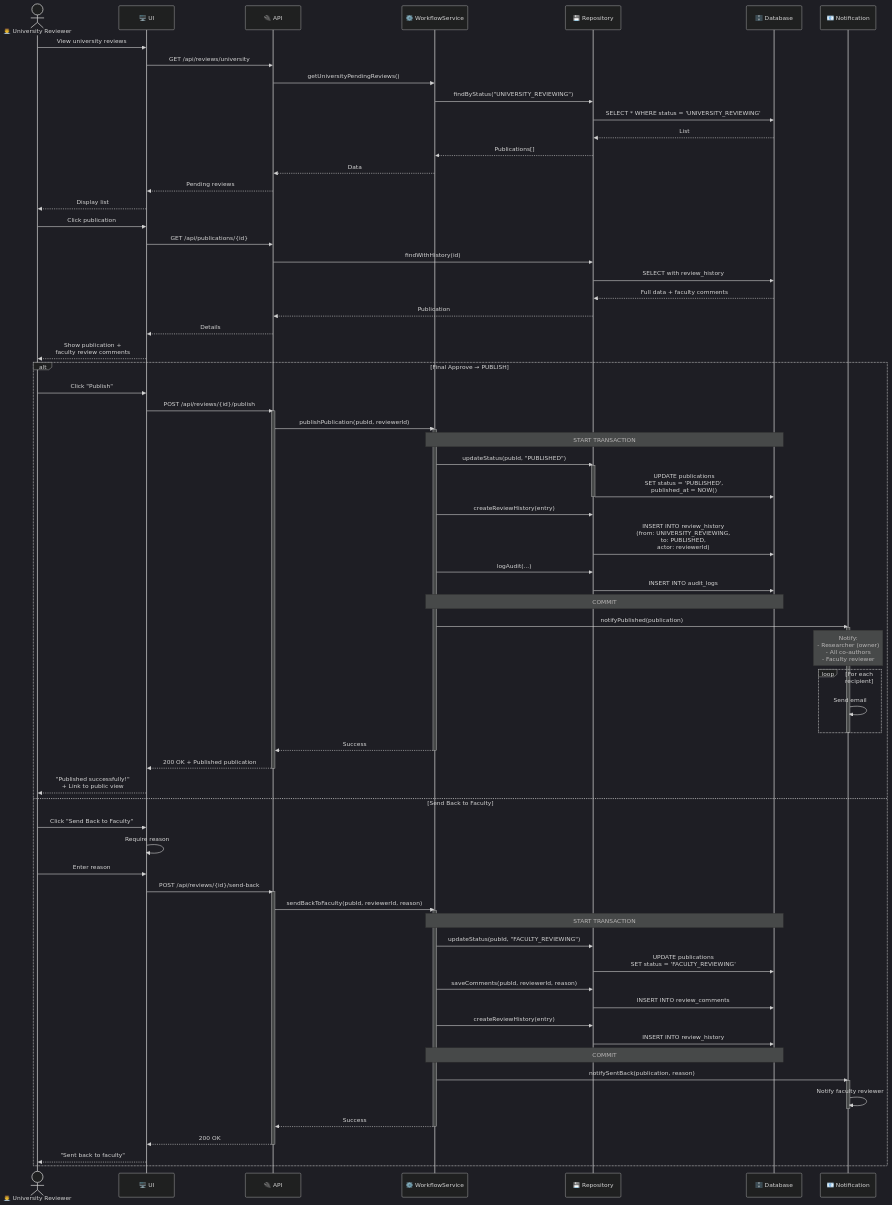
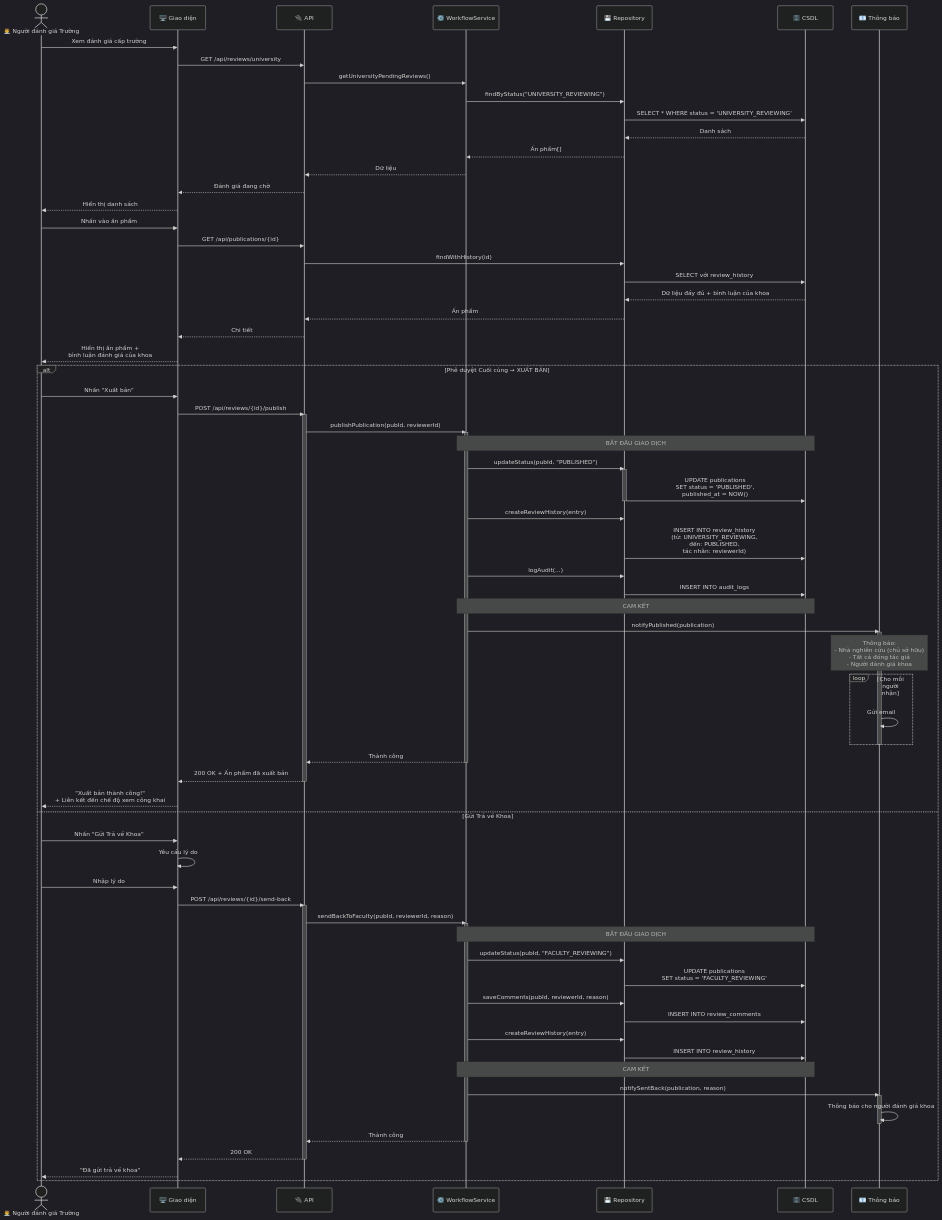
Before and after one commit to Ng0cTh4nhk5/ufpms-docs: the diagram in docs/06_Diagrams/Sequence/seq_university_approval.md, drawn with Mermaid (dark theme). The commit also changed other lines of this file and 70 other files, not shown here.

````diff
--- a/docs/06_Diagrams/Sequence/seq_university_approval.md
+++ b/docs/06_Diagrams/Sequence/seq_university_approval.md
@@ -12,89 +12,89 @@
 ```mermaid
 sequenceDiagram
-    actor Reviewer as 👨‍💼 University Reviewer
-    participant UI as 🖥️ UI
+    actor Reviewer as 👨‍💼 Người đánh giá Trường
+    participant UI as 🖥️ Giao diện
     participant API as 🔌 API
     participant Service as ⚙️ WorkflowService
     participant Repo as 💾 Repository
-    participant DB as 🗄️ Database
-    participant Notif as 📧 Notification
+    participant DB as 🗄️ CSDL
+    participant Notif as 📧 Thông báo
     
-    %% Get pending
-    Reviewer->>UI: View university reviews
+    %% Lấy danh sách chờ
+    Reviewer->>UI: Xem đánh giá cấp trường
     UI->>API: GET /api/reviews/university
     API->>Service: getUniversityPendingReviews()
     Service->>Repo: findByStatus("UNIVERSITY_REVIEWING")
     Repo->>DB: SELECT * WHERE status = 'UNIVERSITY_REVIEWING'
-    DB-->>Repo: List
-    Repo-->>Service: Publications[]
-    Service-->>API: Data
-    API-->>UI: Pending reviews
-    UI-->>Reviewer: Display list
+    DB-->>Repo: Danh sách
+    Repo-->>Service: Ấn phẩm[]
+    Service-->>API: Dữ liệu
+    API-->>UI: Đánh giá đang chờ
+    UI-->>Reviewer: Hiển thị danh sách
     
-    %% View details
-    Reviewer->>UI: Click publication
+    %% Xem chi tiết
+    Reviewer->>UI: Nhấn vào ấn phẩm
     UI->>API: GET /api/publications/{id}
     API->>Repo: findWithHistory(id)
-    Repo->>DB: SELECT with review_history
-    DB-->>Repo: Full data + faculty comments
-    Repo-->>API: Publication
-    API-->>UI: Details
-    UI-->>Reviewer: Show publication +<br/>faculty review comments
+    Repo->>DB: SELECT với review_history
+    DB-->>Repo: Dữ liệu đầy đủ + bình luận của khoa
+    Repo-->>API: Ấn phẩm
+    API-->>UI: Chi tiết
+    UI-->>Reviewer: Hiển thị ấn phẩm +<br/>bình luận đánh giá của khoa
     
-    alt Final Approve → PUBLISH
-        Reviewer->>UI: Click "Publish"
+    alt Phê duyệt Cuối cùng → XUẤT BẢN
+        Reviewer->>UI: Nhấn "Xuất bản"
         UI->>API: POST /api/reviews/{id}/publish
         activate API
         API->>Service: publishPublication(pubId, reviewerId)
         activate Service
         
-        Note over Service,DB: START TRANSACTION
+        Note over Service,DB: BẮT ĐẦU GIAO DỊCH
         
-        %% Update status
+        %% Cập nhật trạng thái
         Service->>Repo: updateStatus(pubId, "PUBLISHED")
         activate Repo
         Repo->>DB: UPDATE publications<br/>SET status = 'PUBLISHED',<br/>published_at = NOW()
         deactivate Repo
         
-        %% Log history
+        %% Ghi lịch sử
         Service->>Repo: createReviewHistory(entry)
-        Repo->>DB: INSERT INTO review_history<br/>(from: UNIVERSITY_REVIEWING,<br/>to: PUBLISHED,<br/>actor: reviewerId)
+        Repo->>DB: INSERT INTO review_history<br/>(từ: UNIVERSITY_REVIEWING,<br/>đến: PUBLISHED,<br/>tác nhân: reviewerId)
         
-        %% Audit log
+        %% Nhật ký kiểm toán
         Service->>Repo: logAudit(...)
         Repo->>DB: INSERT INTO audit_logs
         
-        Note over Service,DB: COMMIT
+        Note over Service,DB: CAM KẾT
         
-        %% Notifications
+        %% Thông báo
         Service->>Notif: notifyPublished(publication)
         activate Notif
         
-        Note over Notif: Notify:<br/>- Researcher (owner)<br/>- All co-authors<br/>- Faculty reviewer
+        Note over Notif: Thông báo:<br/>- Nhà nghiên cứu (chủ sở hữu)<br/>- Tất cả đồng tác giả<br/>- Người đánh giá khoa
         
-        loop For each recipient
-            Notif->>Notif: Send email
+        loop Cho mỗi người nhận
+            Notif->>Notif: Gửi email
         end
         
         deactivate Notif
         
-        Service-->>API: Success
+        Service-->>API: Thành công
         deactivate Service
-        API-->>UI: 200 OK + Published publication
+        API-->>UI: 200 OK + Ấn phẩm đã xuất bản
         deactivate API
-        UI-->>Reviewer: "Published successfully!"<br/>+ Link to public view
+        UI-->>Reviewer: "Xuất bản thành công!"<br/>+ Liên kết đến chế độ xem công khai
         
-    else Send Back to Faculty
-        Reviewer->>UI: Click "Send Back to Faculty"
-        UI->>UI: Require reason
-        Reviewer->>UI: Enter reason
+    else Gửi Trả về Khoa
+        Reviewer->>UI: Nhấn "Gửi Trả về Khoa"
+        UI->>UI: Yêu cầu lý do
+        Reviewer->>UI: Nhập lý do
         
         UI->>API: POST /api/reviews/{id}/send-back
         activate API
         API->>Service: sendBackToFaculty(pubId, reviewerId, reason)
         activate Service
         
-        Note over Service,DB: START TRANSACTION
+        Note over Service,DB: BẮT ĐẦU GIAO DỊCH
         
         Service->>Repo: updateStatus(pubId, "FACULTY_REVIEWING")
         Repo->>DB: UPDATE publications<br/>SET status = 'FACULTY_REVIEWING'
@@ -105,17 +105,17 @@
         Service->>Repo: createReviewHistory(entry)
         Repo->>DB: INSERT INTO review_history
         
-        Note over Service,DB: COMMIT
+        Note over Service,DB: CAM KẾT
         
         Service->>Notif: notifySentBack(publication, reason)
         activate Notif
-        Notif->>Notif: Notify faculty reviewer
+        Notif->>Notif: Thông báo cho người đánh giá khoa
         deactivate Notif
         
-        Service-->>API: Success
+        Service-->>API: Thành công
         deactivate Service
         API-->>UI: 200 OK
         deactivate API
-        UI-->>Reviewer: "Sent back to faculty"
+        UI-->>Reviewer: "Đã gửi trả về khoa"
     end
 ```
````
